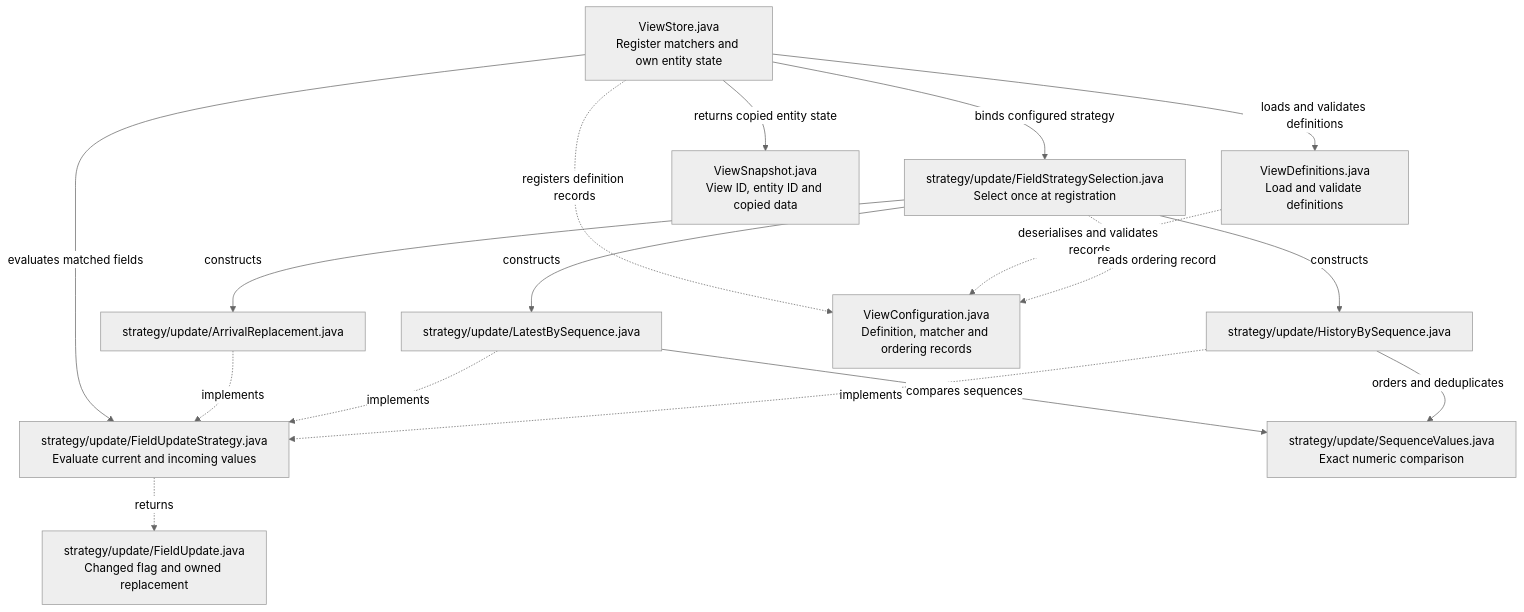
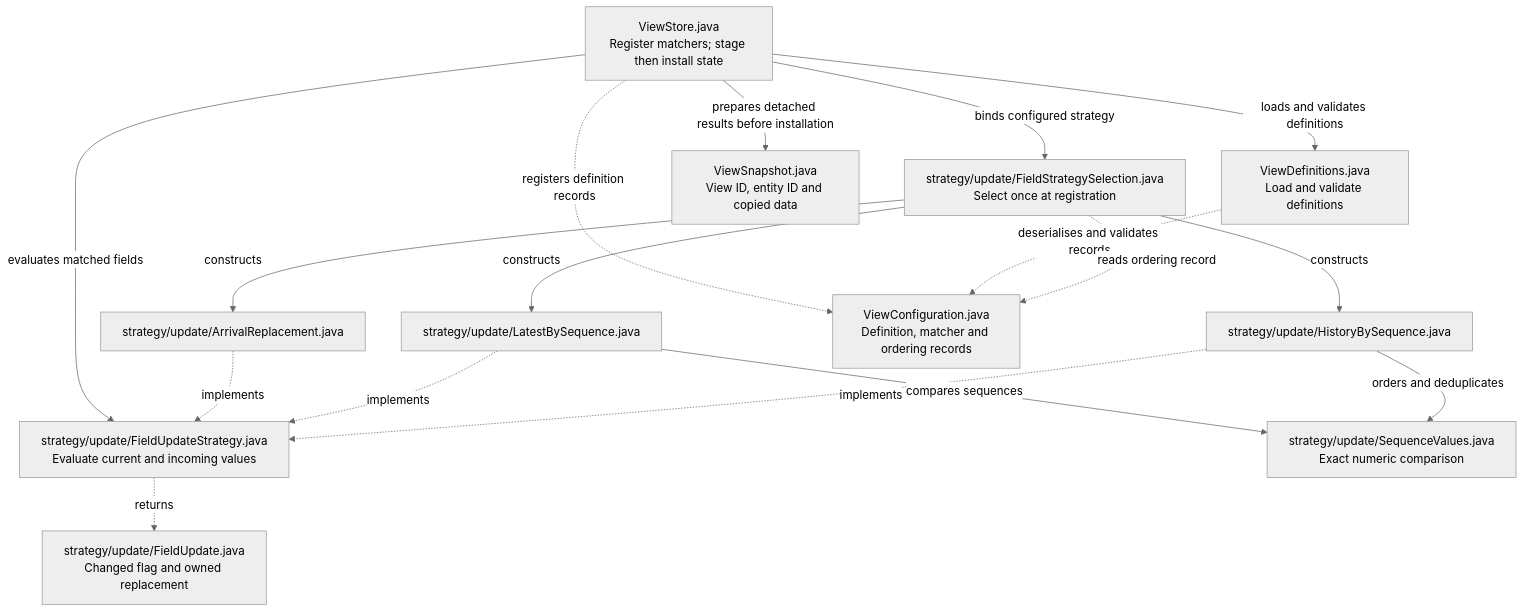
One commit to sproates/zooglass changed the third of 3 diagrams in zooglass/docs/source-map.md. Above: the diagram before and after it, drawn with Mermaid (neutral theme). The commit also changed other lines of this file and 5 other files, not shown here.

First line of the commit message:
Make view updates atomic before publication (#119)

````diff
--- a/zooglass/docs/source-map.md
+++ b/zooglass/docs/source-map.md
@@ -84,30 +84,30 @@
 ```mermaid
 flowchart TB
-  store["ViewStore.java<br/>Register matchers and own entity state"]
+  store["ViewStore.java<br/>Register matchers; stage then install state"]
   definitions["ViewDefinitions.java<br/>Load and validate definitions"]
   selection["strategy/update/FieldStrategySelection.java<br/>Select once at registration"]
   strategy["strategy/update/FieldUpdateStrategy.java<br/>Evaluate current and incoming values"]
   result["strategy/update/FieldUpdate.java<br/>Changed flag and owned replacement"]
   arrival["strategy/update/ArrivalReplacement.java"]
   latest["strategy/update/LatestBySequence.java"]
   history["strategy/update/HistoryBySequence.java"]
   numbers["strategy/update/SequenceValues.java<br/>Exact numeric comparison"]
   config["ViewConfiguration.java<br/>Definition, matcher and ordering records"]
   snapshot["ViewSnapshot.java<br/>View ID, entity ID and copied data"]
   store -->|loads and validates definitions| definitions
   store -->|binds configured strategy| selection
   store -->|evaluates matched fields| strategy
   strategy -.->|returns| result
   selection -->|constructs| arrival
   selection -->|constructs| latest
   selection -->|constructs| history
   arrival -.->|implements| strategy
   latest -.->|implements| strategy
   history -.->|implements| strategy
   latest -->|compares sequences| numbers
   history -->|orders and deduplicates| numbers
-  store -->|returns copied entity state| snapshot
+  store -->|prepares detached results before installation| snapshot
   store -.->|registers definition records| config
   definitions -.->|deserialises and validates records| config
   selection -.->|reads ordering record| config
 ```
````
